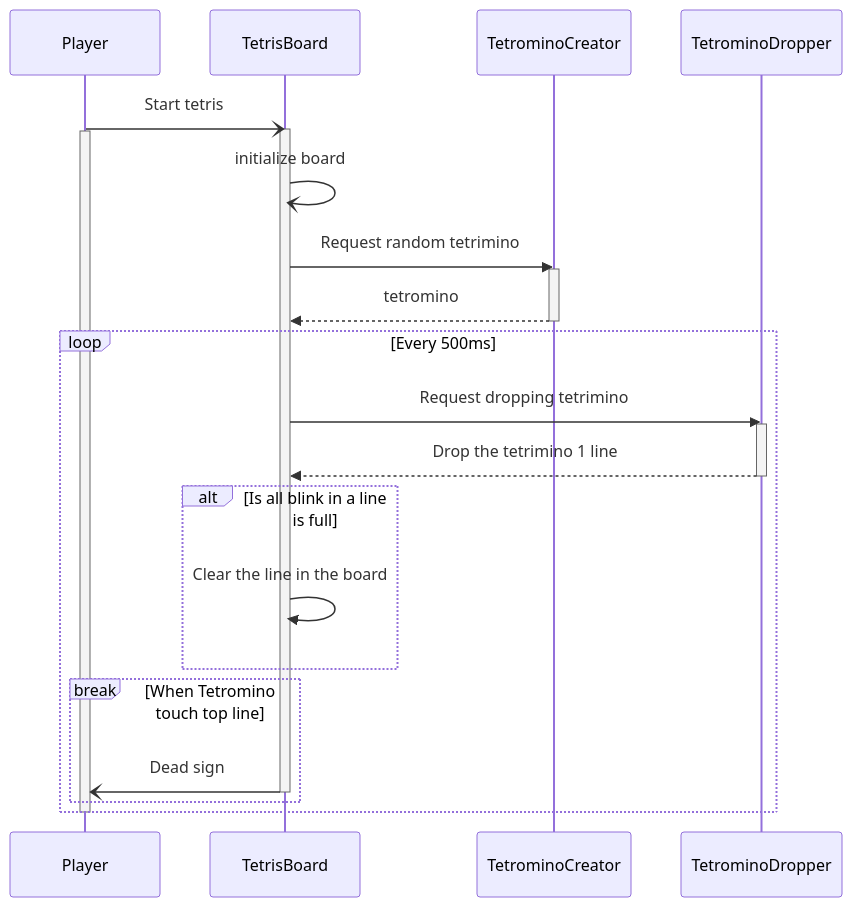
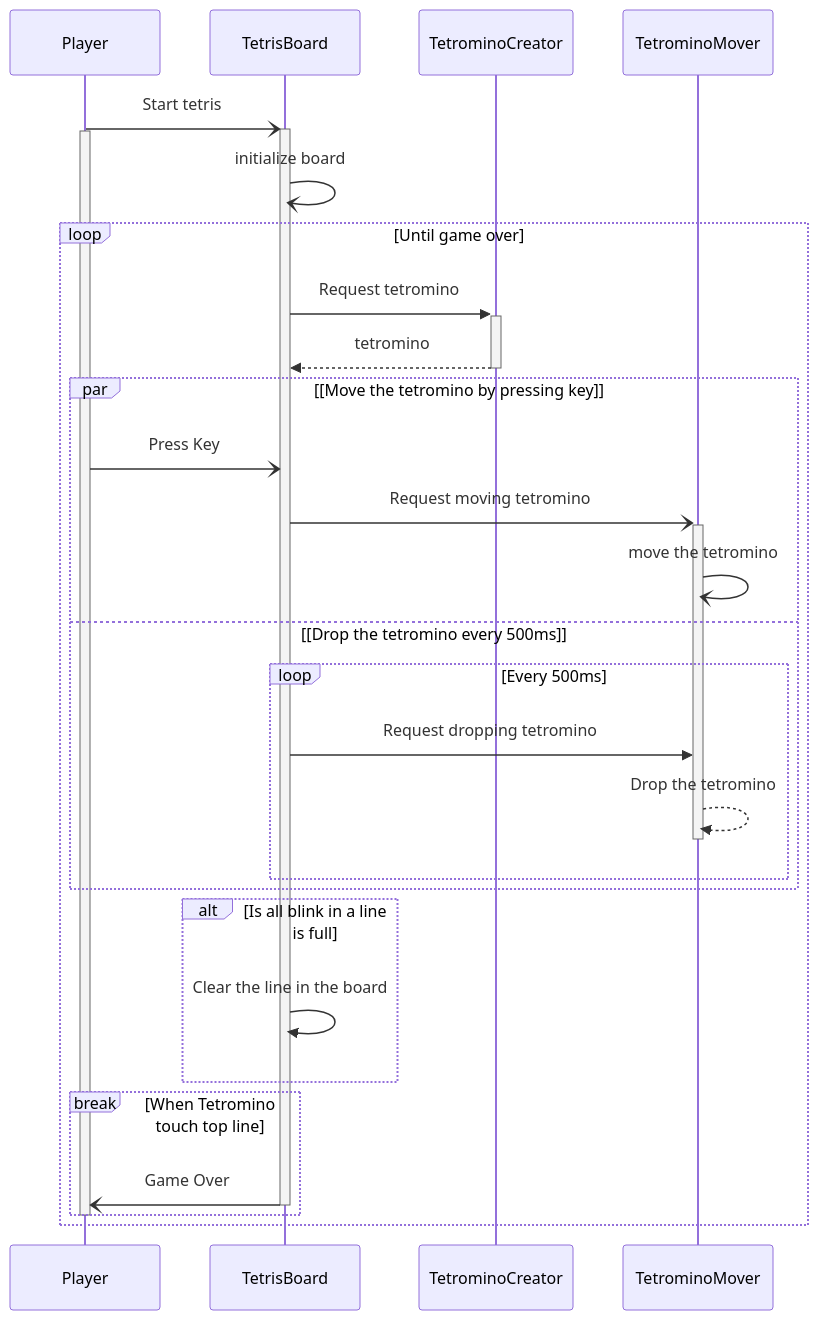
Before and after one commit to chhy-son/tetris: the diagram in src/UML/SequenceDiagram.md, drawn with Mermaid. The commit also changed 2 other files, not shown here.

Commit message:
feat: UML Diagram - FlowChart, SeqDiagram, ClassDiagram

````diff
--- a/src/UML/SequenceDiagram.md
+++ b/src/UML/SequenceDiagram.md
@@ -3,29 +3,34 @@
 ```mermaid
 sequenceDiagram
-    Player -) TetrisBoard: Start tetris
-    activate TetrisBoard
+    Player -) +TetrisBoard: Start tetris
     activate Player
-        TetrisBoard -) TetrisBoard: initialize board
-        TetrisBoard ->> TetrominoCreator: Request random tetrimino
-        activate TetrominoCreator
-        TetrominoCreator -->> TetrisBoard: tetromino
-        deactivate TetrominoCreator
-        loop Every 500ms
-            TetrisBoard ->> TetrominoDropper: Request dropping tetrimino
-            
-            activate TetrominoDropper
-            TetrominoDropper -->> TetrisBoard: Drop the tetrimino 1 line
-            deactivate TetrominoDropper
-            
-            alt Is all blink in a line is full
-                TetrisBoard ->> TetrisBoard: Clear the line in the board
-            end
+    TetrisBoard -) TetrisBoard: initialize board
+    
+    loop Until game over
+        TetrisBoard ->> +TetrominoCreator: Request tetromino
+        TetrominoCreator -->> -TetrisBoard: tetromino
 
-            break When Tetromino touch top line
-                TetrisBoard -) Player: Dead sign
-                deactivate TetrisBoard
+        par [Move the tetromino by pressing key]
+            Player -) TetrisBoard : Press Key
+            TetrisBoard -) +TetrominoMover : Request moving tetromino
+            TetrominoMover -) TetrominoMover : move the tetromino
+        and [Drop the tetromino every 500ms]
+            loop Every 500ms
+                TetrisBoard ->> TetrominoMover: Request dropping tetromino
+                TetrominoMover -->> -TetrominoMover: Drop the tetromino
             end
         end
-    deactivate Player
+
+        alt Is all blink in a line is full
+            TetrisBoard ->> TetrisBoard: Clear the line in the board
+        end
+        
+        break When Tetromino touch top line
+            TetrisBoard -) -Player: Game Over
+        end
+        deactivate Player
+    end
+    
+    
         
 ```
````
